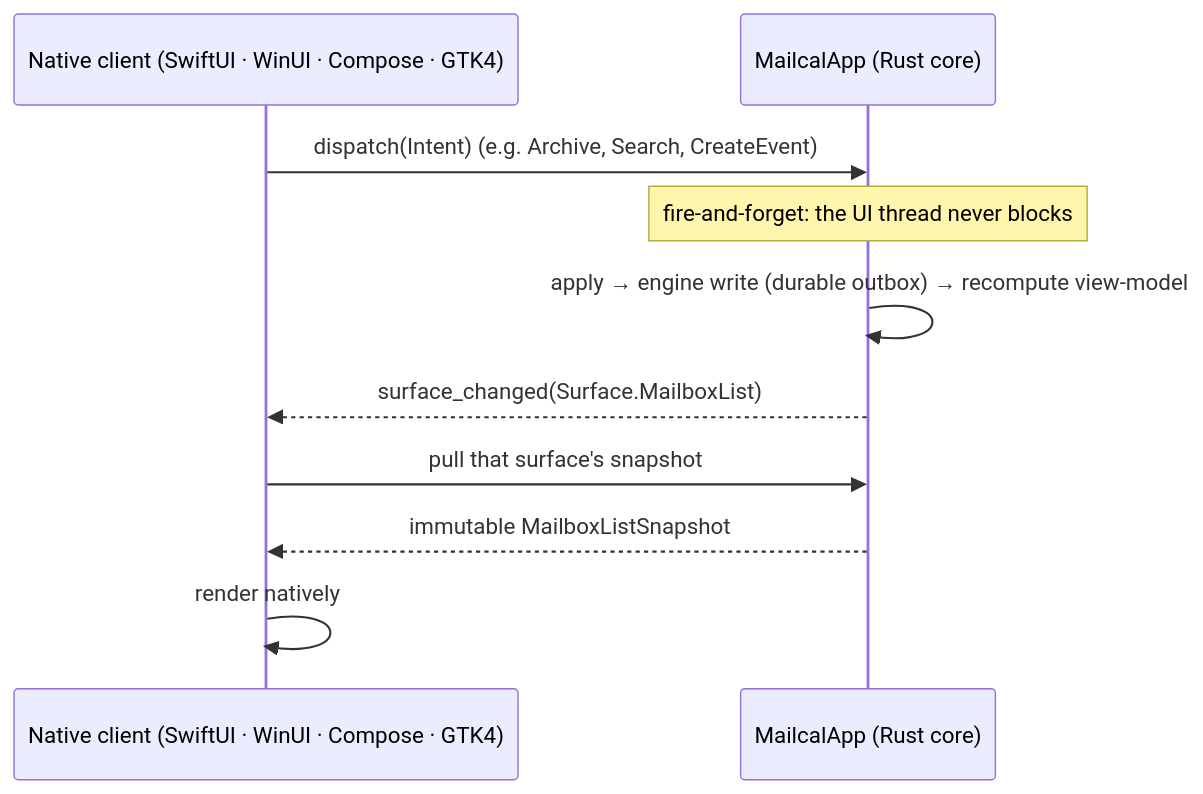
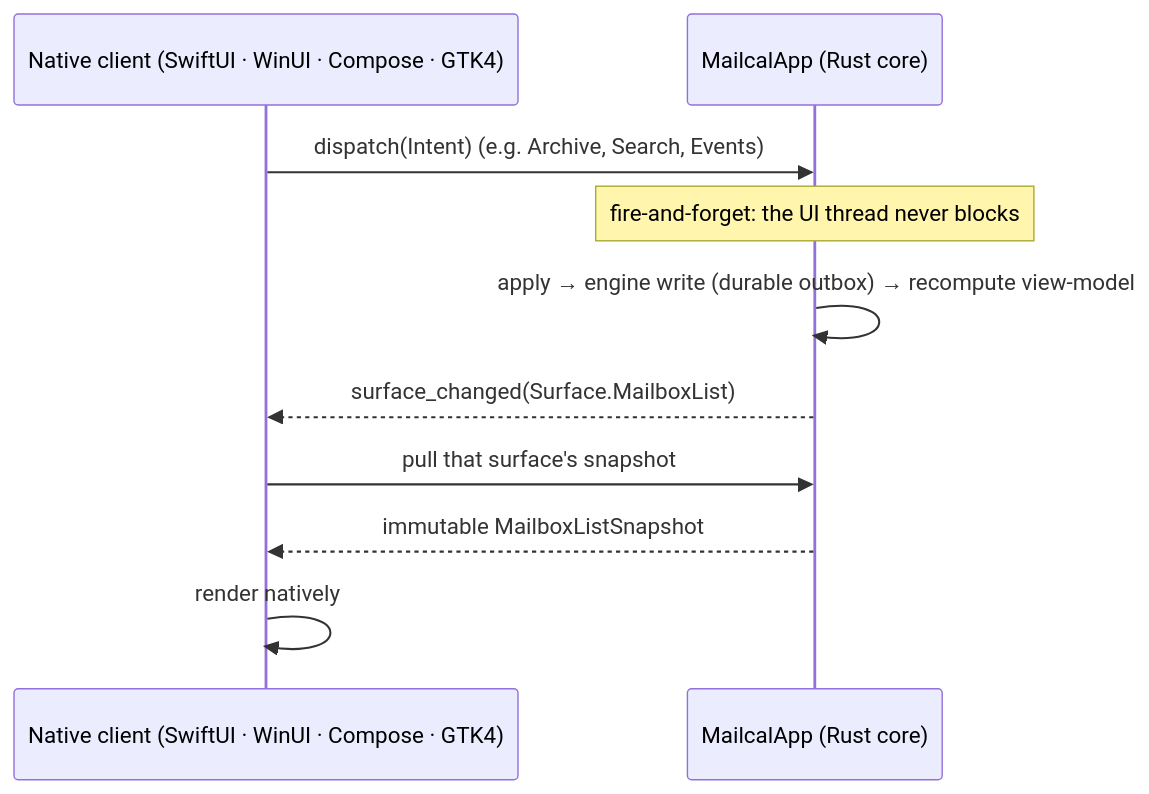
Before and after one commit to allodia-eu/mail-calendar: the second of 4 diagrams in docs/architecture.md, drawn with Mermaid. The commit also changed 37 other files, not shown here.

First line of the commit message:
Nest the calendar event writes in their own intent family

````diff
--- a/docs/architecture.md
+++ b/docs/architecture.md
@@ -64,13 +64,13 @@
 ```mermaid
 sequenceDiagram
     participant UI as Native client (SwiftUI · WinUI · Compose · GTK4)
     participant Core as MailcalApp (Rust core)
 
-    UI->>Core: dispatch(Intent) (e.g. Archive, Search, CreateEvent)
+    UI->>Core: dispatch(Intent) (e.g. Archive, Search, Events)
     Note over Core: fire-and-forget: the UI thread never blocks
     Core->>Core: apply → engine write (durable outbox) → recompute view-model
     Core-->>UI: surface_changed(Surface.MailboxList)
     UI->>Core: pull that surface's snapshot
     Core-->>UI: immutable MailboxListSnapshot
     UI->>UI: render natively
 ```
````
